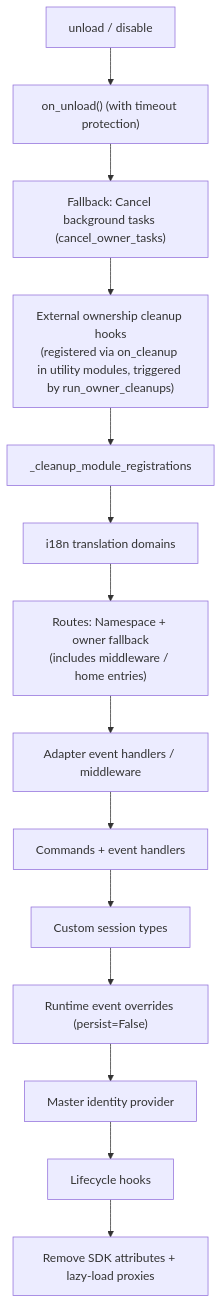
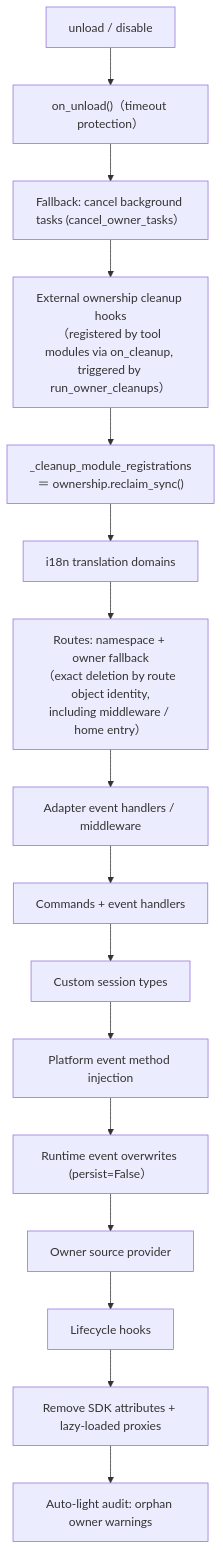
Before and after one commit to ErisPulse/ErisPulse: the diagram in docs/en/advanced/ownership.md, drawn with Mermaid. The commit also changed other lines of this file and 47 other files, not shown here.

````diff
--- a/docs/en/advanced/ownership.md
+++ b/docs/en/advanced/ownership.md
@@ -75,16 +76,18 @@
 ```mermaid
 flowchart TD
-    A["unload / disable"] --> B["on_unload() (with timeout protection)"]
-    B --> C["Fallback: Cancel background tasks (cancel_owner_tasks)"]
-    C --> C1["External ownership cleanup hooks<br/>(registered via on_cleanup in utility modules, triggered by run_owner_cleanups)"]
-    C1 --> D["_cleanup_module_registrations"]
+    A["unload / disable"] --> B["on_unload()（timeout protection）"]
+    B --> C["Fallback: cancel background tasks (cancel_owner_tasks）"]
+    C --> C1["External ownership cleanup hooks<br/>（registered by tool modules via on_cleanup, triggered by run_owner_cleanups）"]
+    C1 --> D["_cleanup_module_registrations<br/>＝ ownership.reclaim_sync()"]
     D --> D1["i18n translation domains"]
-    D1 --> D2["Routes: Namespace + owner fallback<br/>(includes middleware / home entries)"]
+    D1 --> D2["Routes: namespace + owner fallback<br/>（exact deletion by route object identity,<br/>including middleware / home entry）"]
     D2 --> D3["Adapter event handlers / middleware"]
     D3 --> D4["Commands + event handlers"]
     D4 --> D5["Custom session types"]
-    D5 --> D6["Runtime event overrides (persist=False)"]
-    D6 --> D7["Master identity provider"]
+    D5 --> D5b["Platform event method injection"]
+    D5b --> D6["Runtime event overwrites (persist=False）"]
+    D6 --> D7["Owner source provider"]
     D7 --> D8["Lifecycle hooks"]
-    D8 --> E["Remove SDK attributes + lazy-load proxies"]
+    D8 --> E["Remove SDK attributes + lazy-loaded proxies"]
+    E --> F["Auto-light audit: orphan owner warnings"]
 ```
````
